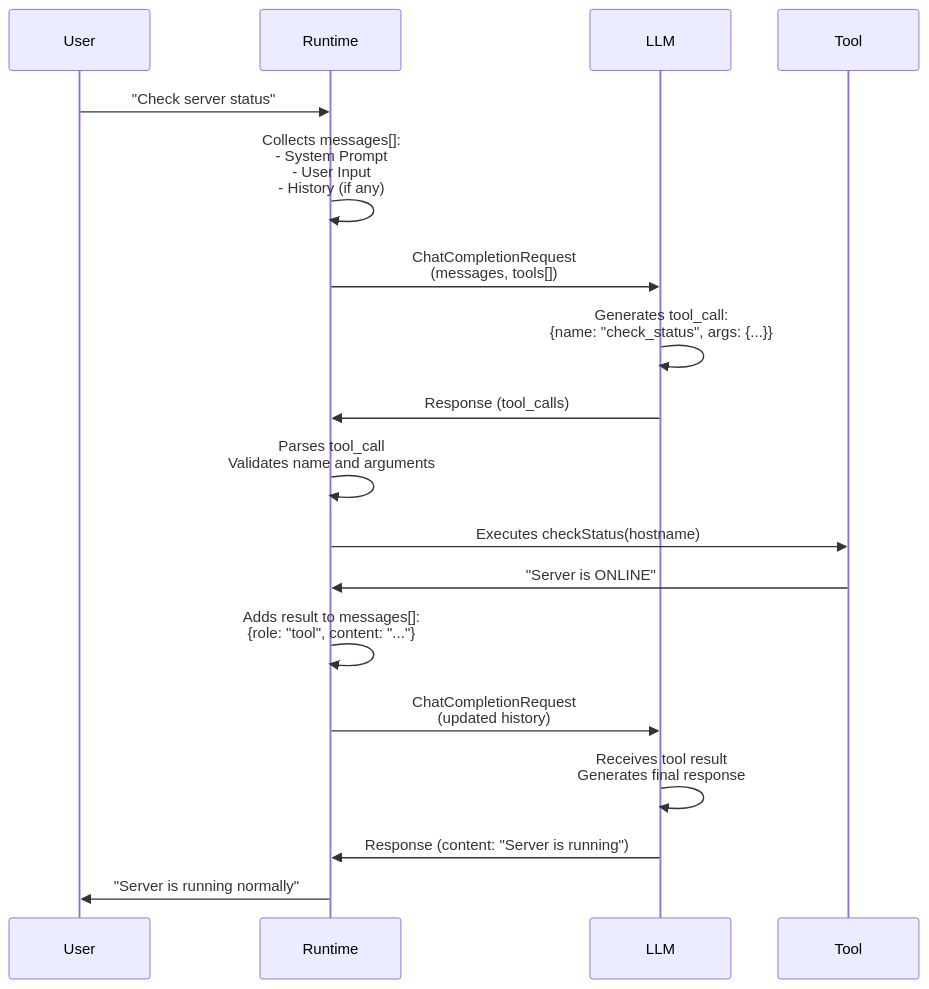
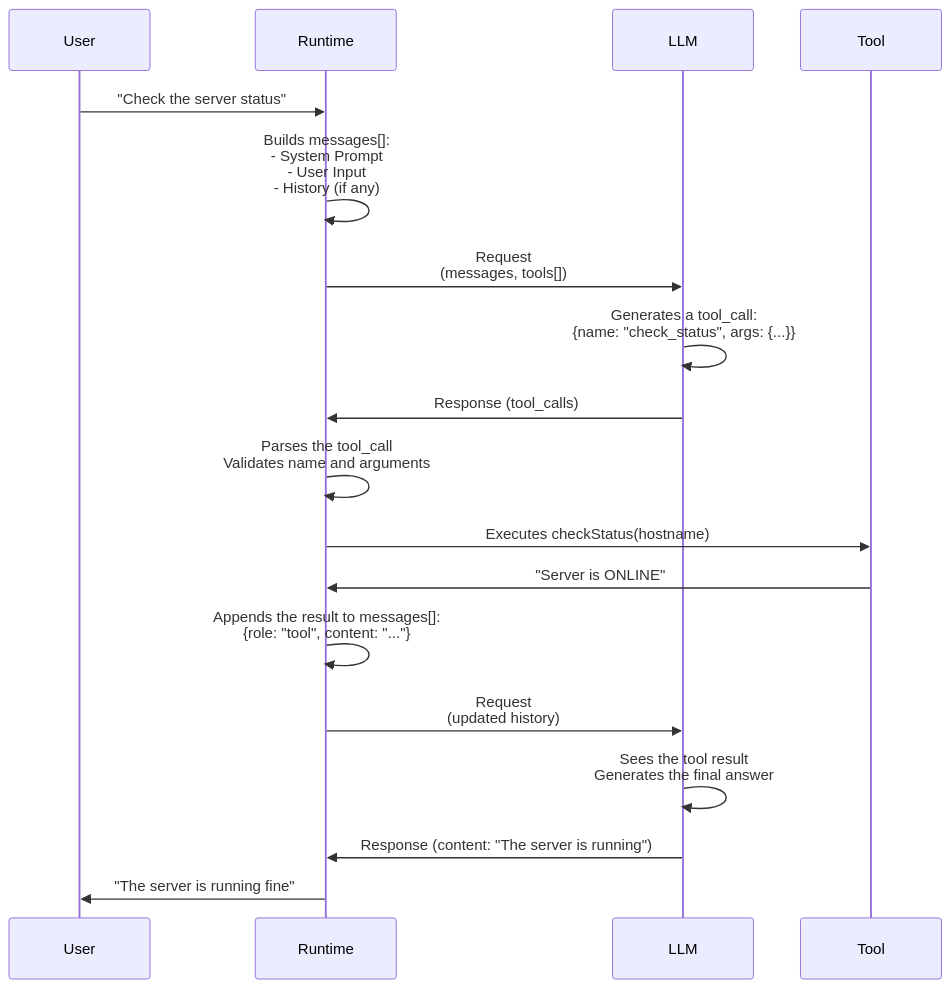
The diagram in book/09-agent-architecture/README.md (kshvakov/ai-agent-course), drawn with Mermaid before and after one commit. The commit also changed other lines of this file and 33 other files, not shown here.

````diff
--- a/book/09-agent-architecture/README.md
+++ b/book/09-agent-architecture/README.md
@@ -815,21 +239,21 @@
 ```mermaid
 sequenceDiagram
     participant User
     participant Runtime
     participant LLM
     participant Tool
-    
-    User->>Runtime: "Check server status"
-    Runtime->>Runtime: Collects messages[]:<br/>- System Prompt<br/>- User Input<br/>- History (if any)
-    Runtime->>LLM: ChatCompletionRequest<br/>(messages, tools[])
-    LLM->>LLM: Generates tool_call:<br/>{name: "check_status", args: {...}}
+
+    User->>Runtime: "Check the server status"
+    Runtime->>Runtime: Builds messages[]:<br/>- System Prompt<br/>- User Input<br/>- History (if any)
+    Runtime->>LLM: Request<br/>(messages, tools[])
+    LLM->>LLM: Generates a tool_call:<br/>{name: "check_status", args: {...}}
     LLM->>Runtime: Response (tool_calls)
-    Runtime->>Runtime: Parses tool_call<br/>Validates name and arguments
+    Runtime->>Runtime: Parses the tool_call<br/>Validates name and arguments
     Runtime->>Tool: Executes checkStatus(hostname)
     Tool->>Runtime: "Server is ONLINE"
-    Runtime->>Runtime: Adds result to messages[]:<br/>{role: "tool", content: "..."}
-    Runtime->>LLM: ChatCompletionRequest<br/>(updated history)
-    LLM->>LLM: Receives tool result<br/>Generates final response
-    LLM->>Runtime: Response (content: "Server is running")
-    Runtime->>User: "Server is running normally"
+    Runtime->>Runtime: Appends the result to messages[]:<br/>{role: "tool", content: "..."}
+    Runtime->>LLM: Request<br/>(updated history)
+    LLM->>LLM: Sees the tool result<br/>Generates the final answer
+    LLM->>Runtime: Response (content: "The server is running")
+    Runtime->>User: "The server is running fine"
 ```
````
